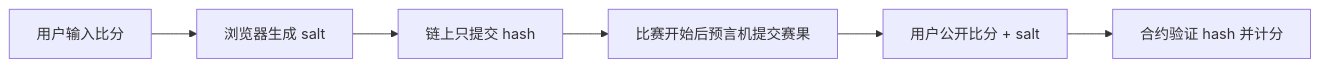
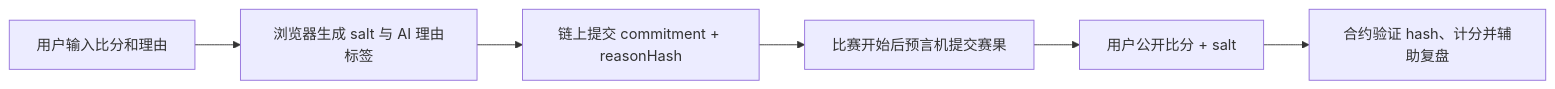
The diagram in README.md (actmaoweihao/GoalProof_WD_CUP), drawn with Mermaid before and after one commit. The commit also changed other lines of this file and 21 other files, not shown here.

````diff
--- a/README.md
+++ b/README.md
@@ -11,8 +11,8 @@
 ```mermaid
 flowchart LR
-  A[用户输入比分] --> B[浏览器生成 salt]
-  B --> C[链上只提交 hash]
+  A[用户输入比分和理由] --> B[浏览器生成 salt 与 AI 理由标签]
+  B --> C[链上提交 commitment + reasonHash]
   C --> D[比赛开始后预言机提交赛果]
   D --> E[用户公开比分 + salt]
-  E --> F[合约验证 hash 并计分]
+  E --> F[合约验证 hash、计分并辅助复盘]
 ```
````
